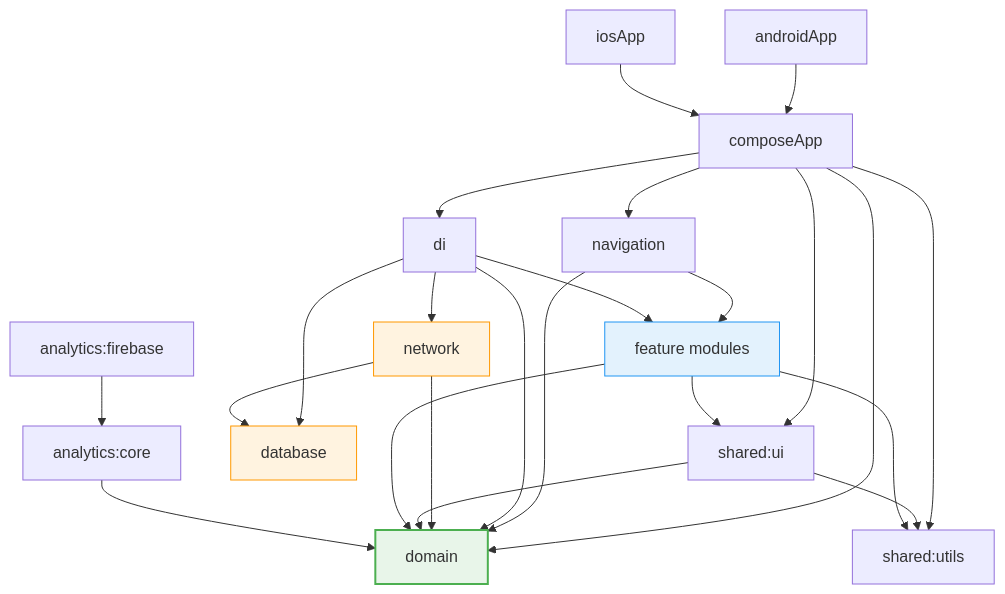
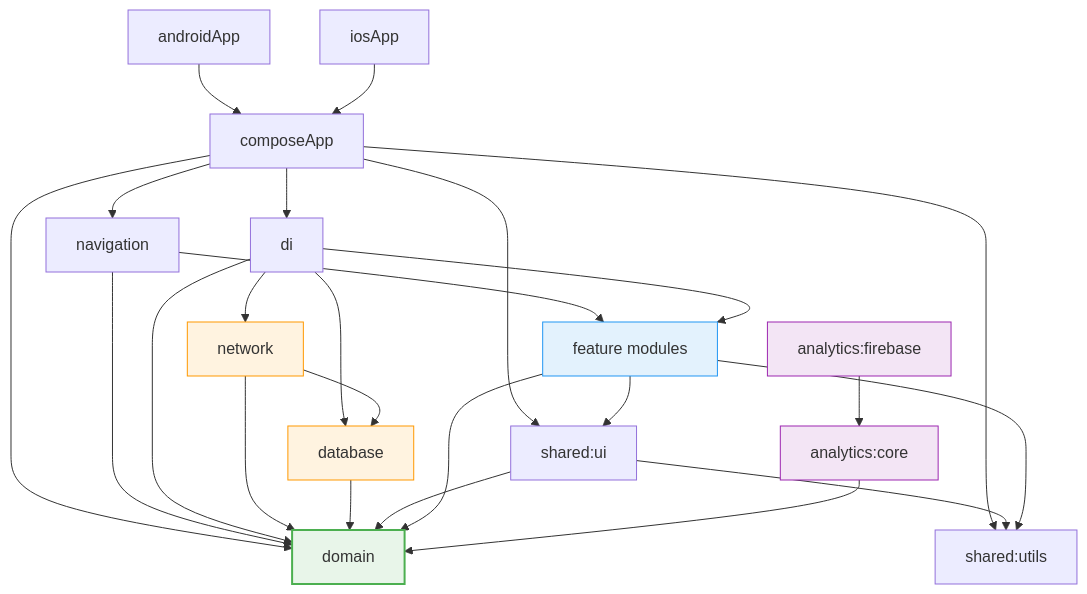
The diagram in README.md (satanyakiv/NutriSport), drawn with Mermaid before and after one commit. The commit also changed other lines of this file and 4 other files, not shown here.

````diff
--- a/README.md
+++ b/README.md
@@ -29,37 +60,41 @@
 ```mermaid
 graph TD
     androidApp[androidApp] --> composeApp
     iosApp[iosApp] --> composeApp
 
     composeApp --> navigation
     composeApp --> di
     composeApp --> domain
     composeApp --> shared_utils[shared:utils]
     composeApp --> shared_ui[shared:ui]
 
     navigation --> features[feature modules]
     navigation --> domain
 
     di --> network
     di --> database
     di --> domain
     di --> features
 
     network --> domain
     network --> database
 
+    database --> domain
+
     shared_ui --> domain
     shared_ui --> shared_utils
 
     features --> domain
     features --> shared_utils
     features --> shared_ui
 
     analytics_core[analytics:core] --> domain
     analytics_firebase[analytics:firebase] --> analytics_core
 
     style domain fill:#e8f5e9,stroke:#4caf50,stroke-width:2px
     style features fill:#e3f2fd,stroke:#2196f3
     style network fill:#fff3e0,stroke:#ff9800
     style database fill:#fff3e0,stroke:#ff9800
+    style analytics_core fill:#f3e5f5,stroke:#9c27b0
+    style analytics_firebase fill:#f3e5f5,stroke:#9c27b0
 ```
````
